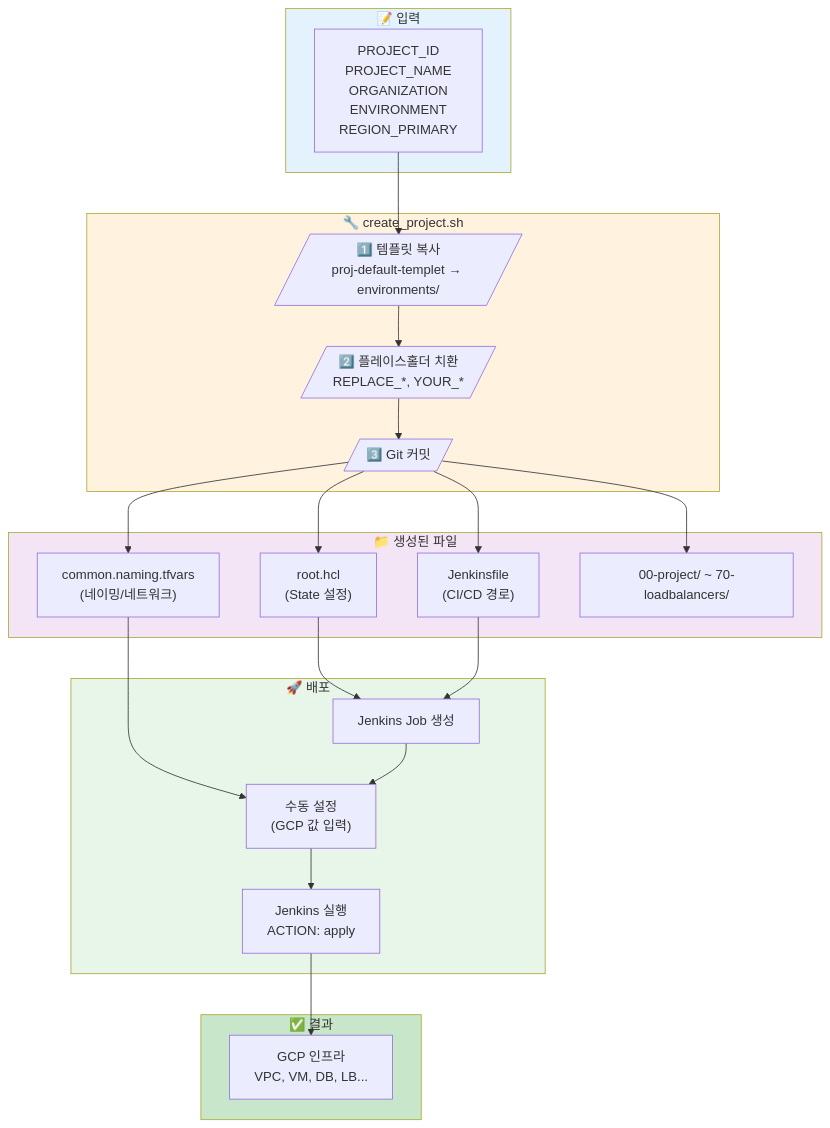
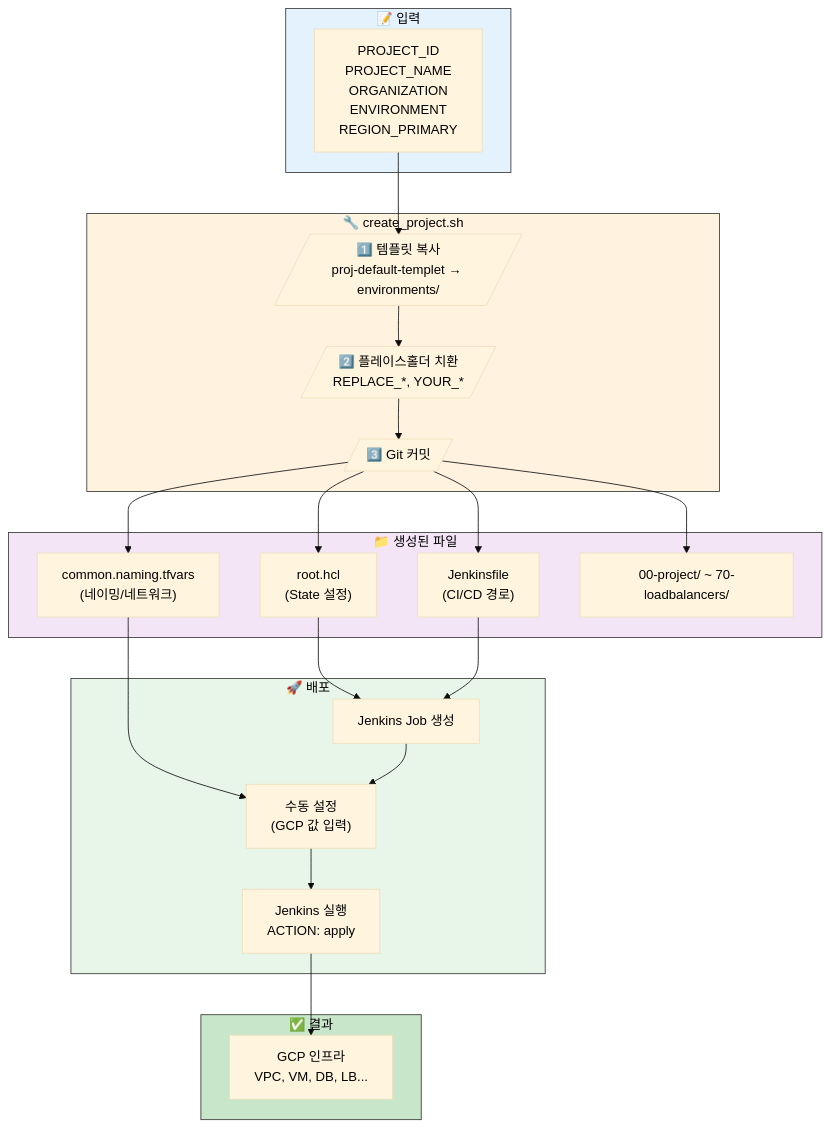
One commit to JSJ2337/GCP_terraform_code changed the diagram in terraform_gcp_infra/docs/CREATE_NEW_PROJECT.md. Above: the diagram before and after it, drawn with Mermaid. The commit also changed 5 other files, not shown here.

First line of the commit message:
style: Mermaid 다이어그램 제목 가독성 개선

````diff
--- a/terraform_gcp_infra/docs/CREATE_NEW_PROJECT.md
+++ b/terraform_gcp_infra/docs/CREATE_NEW_PROJECT.md
@@ -24,50 +24,51 @@
 ```mermaid
+%%{init: {'theme': 'base', 'themeVariables': { 'primaryTextColor': '#000000', 'clusterBkg': '#ffffff', 'clusterBorder': '#333333' }}}%%
 flowchart TB
     subgraph Input["📝 입력"]
         PARAMS["PROJECT_ID<br/>PROJECT_NAME<br/>ORGANIZATION<br/>ENVIRONMENT<br/>REGION_PRIMARY"]
     end
 
     subgraph Script["🔧 create_project.sh"]
         COPY[/"1️⃣ 템플릿 복사<br/>proj-default-templet → environments/"/]
         REPLACE[/"2️⃣ 플레이스홀더 치환<br/>REPLACE_*, YOUR_*"/]
         COMMIT[/"3️⃣ Git 커밋"/]
     end
 
     subgraph Files["📁 생성된 파일"]
         ROOT["root.hcl<br/>(State 설정)"]
         NAMING["common.naming.tfvars<br/>(네이밍/네트워크)"]
         JENKINS["Jenkinsfile<br/>(CI/CD 경로)"]
         LAYERS["00-project/ ~ 70-loadbalancers/"]
     end
 
     subgraph Deploy["🚀 배포"]
         JOB["Jenkins Job 생성"]
         MANUAL["수동 설정<br/>(GCP 값 입력)"]
         RUN["Jenkins 실행<br/>ACTION: apply"]
     end
 
     subgraph Result["✅ 결과"]
         GCP["GCP 인프라<br/>VPC, VM, DB, LB..."]
     end
 
     PARAMS --> COPY
     COPY --> REPLACE
     REPLACE --> COMMIT
     COMMIT --> ROOT
     COMMIT --> NAMING
     COMMIT --> JENKINS
     COMMIT --> LAYERS
 
     ROOT --> JOB
     NAMING --> MANUAL
     JENKINS --> JOB
     JOB --> MANUAL
     MANUAL --> RUN
     RUN --> GCP
 
-    style Input fill:#e3f2fd
-    style Script fill:#fff3e0
-    style Files fill:#f3e5f5
-    style Deploy fill:#e8f5e9
-    style Result fill:#c8e6c9
+    style Input fill:#e3f2fd,color:#000000
+    style Script fill:#fff3e0,color:#000000
+    style Files fill:#f3e5f5,color:#000000
+    style Deploy fill:#e8f5e9,color:#000000
+    style Result fill:#c8e6c9,color:#000000
 ```
````
